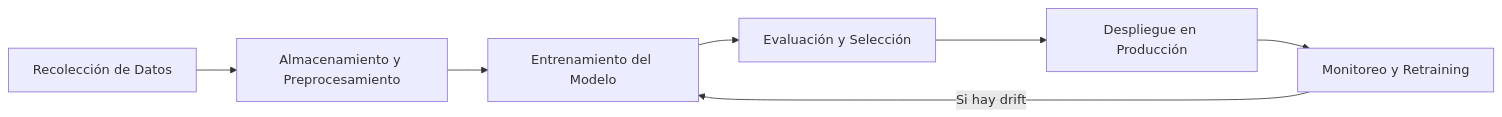
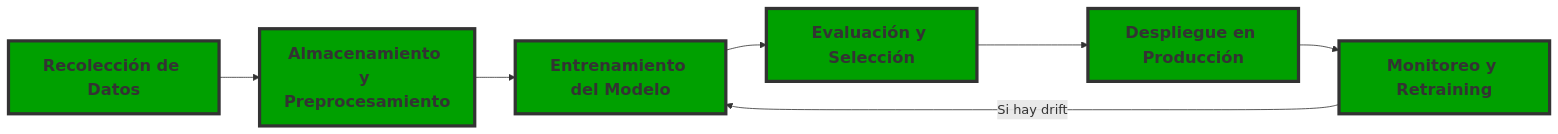
The third of 3 diagrams in sklearn/pipeline_definition.md (avidaldo/ia24), drawn with Mermaid before and after one commit. The commit also changed other lines of this file, not shown here.

````diff
--- a/sklearn/pipeline_definition.md
+++ b/sklearn/pipeline_definition.md
@@ -107,9 +106,12 @@
 ``` mermaid
 graph LR
     A[Recolección de Datos] --> B[Almacenamiento y Preprocesamiento]
     B --> C[Entrenamiento del Modelo]
     C --> D[Evaluación y Selección]
     D --> E[Despliegue en Producción]
     E --> F[Monitoreo y Retraining]
     F -->|Si hay drift| C
+
+    classDef pipeline fill:#00A000,stroke:#333,stroke-width:4px,font-size:20px,font-weight:bold;
+    class A,B,C,D,E,F,G pipeline;
 ```
````
